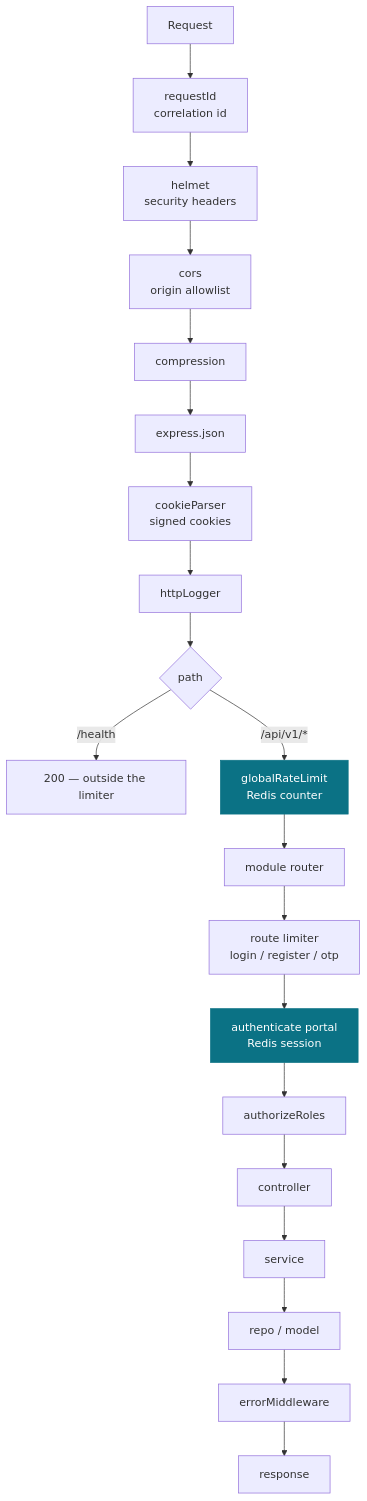
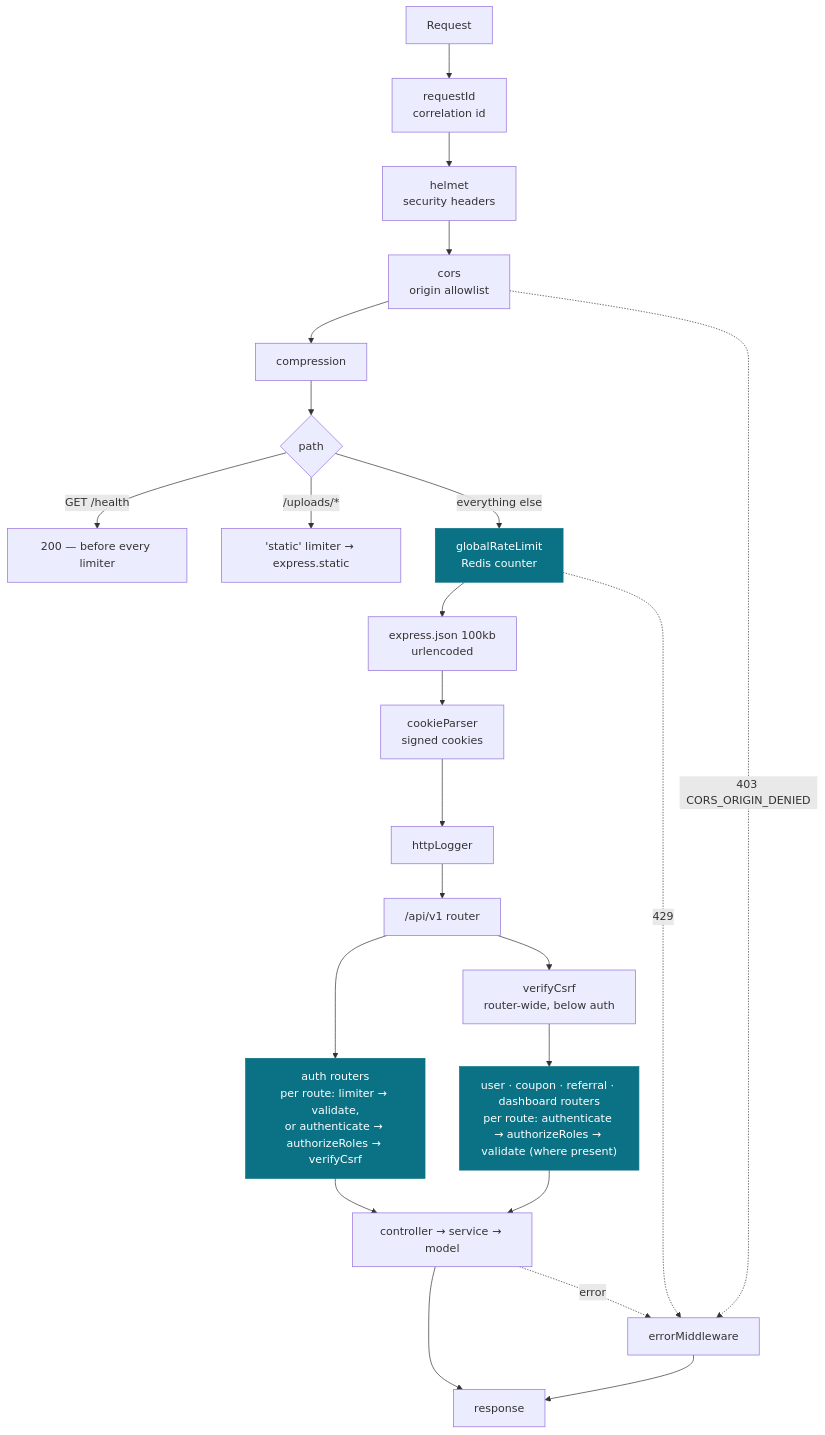
Before and after one commit to sufyan-devs/init-server-nodejs: the diagram in docs/platform/README.md, drawn with Mermaid. The commit also changed other lines of this file and 136 other files, not shown here.

````diff
--- a/docs/platform/README.md
+++ b/docs/platform/README.md
@@ -18,25 +22,28 @@
 ```mermaid
 flowchart TD
   IN["Request"] --> RID["requestId<br/>correlation id"]
   RID --> HELM["helmet<br/>security headers"]
   HELM --> CORS["cors<br/>origin allowlist"]
   CORS --> COMP["compression"]
-  COMP --> BODY["express.json"]
+  COMP --> SPLIT{"path"}
+  SPLIT -->|"GET /health"| HEALTH["200 — before every limiter"]
+  SPLIT -->|"/uploads/*"| STATIC["'static' limiter → express.static"]
+  SPLIT -->|"everything else"| RL["globalRateLimit<br/>Redis counter"]
+  RL --> BODY["express.json 100kb<br/>urlencoded"]
   BODY --> COOK["cookieParser<br/>signed cookies"]
   COOK --> LOG["httpLogger"]
-  LOG --> SPLIT{"path"}
-  SPLIT -->|"/health"| HEALTH["200 — outside the limiter"]
-  SPLIT -->|"/api/v1/*"| RL["globalRateLimit<br/>Redis counter"]
-  RL --> ROUTE["module router"]
-  ROUTE --> RL2["route limiter<br/>login / register / otp"]
-  RL2 --> AUTHN["authenticate portal<br/>Redis session"]
-  AUTHN --> AUTHZ["authorizeRoles"]
-  AUTHZ --> CTRL["controller"]
-  CTRL --> SVC["service"]
-  SVC --> DATA["repo / model"]
-  DATA --> ERR["errorMiddleware"]
-  ERR --> OUT["response"]
+  LOG --> API["/api/v1 router"]
+  API --> AUTHR["auth routers<br/>per route: limiter → validate,<br/>or authenticate → authorizeRoles → verifyCsrf"]
+  API --> CSRF["verifyCsrf<br/>router-wide, below auth"]
+  CSRF --> MODR["user · coupon · referral · dashboard routers<br/>per route: authenticate → authorizeRoles → validate (where present)"]
+  AUTHR --> CTRL["controller → service → model"]
+  MODR --> CTRL
+  CTRL --> OUT["response"]
+  CTRL -.->|"error"| ERR["errorMiddleware"]
+  RL -.->|"429"| ERR
+  CORS -.->|"403 CORS_ORIGIN_DENIED"| ERR
+  ERR --> OUT
 
   classDef hot fill:#0b7285,stroke:#0b7285,color:#fff
-  class RL,AUTHN hot
+  class RL,AUTHR,MODR hot
 ```
````
